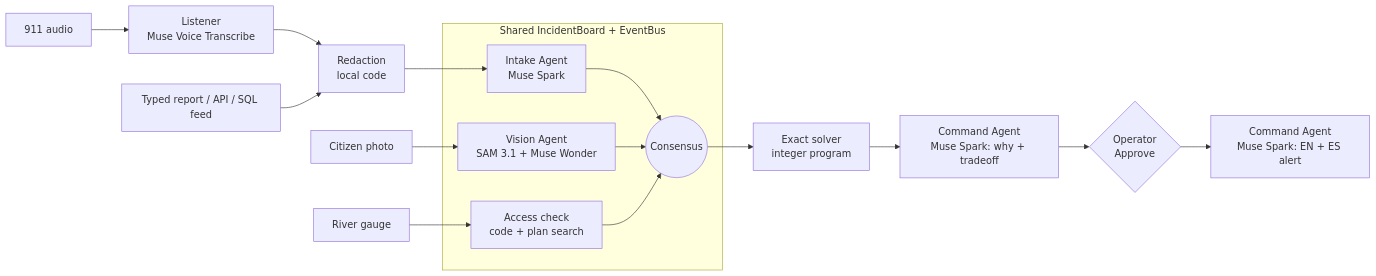
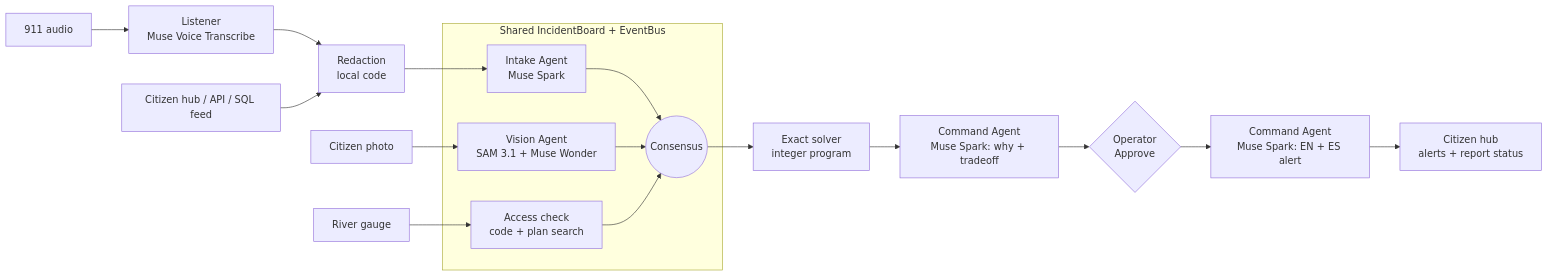
The diagram in README.md (JulianChaoul16/Swarm_Crisis_Command), drawn with Mermaid before and after one commit. The commit also changed other lines of this file and 156 other files, not shown here.

First line of the commit message:
Citizen hub, rerouting fixes, Resolved, Railway deploy, any-city scenarios

````diff
--- a/README.md
+++ b/README.md
@@ -70,18 +106,19 @@
 ```mermaid
 flowchart LR
   A[911 audio] --> L[Listener<br/>Muse Voice Transcribe]
   L --> R[Redaction<br/>local code]
-  T[Typed report / API / SQL feed] --> R
+  T[Citizen hub / API / SQL feed] --> R
   R --> I[Intake Agent<br/>Muse Spark]
   P[Citizen photo] --> V[Vision Agent<br/>SAM 3.1 + Muse Wonder]
   G[River gauge] --> AC
   subgraph Board[Shared IncidentBoard + EventBus]
     I --> C((Consensus))
     V --> C
     AC[Access check<br/>code + plan search] --> C
   end
   C --> S[Exact solver<br/>integer program]
   S --> K[Command Agent<br/>Muse Spark: why + tradeoff]
   K --> H{Operator<br/>Approve}
   H --> M[Command Agent<br/>Muse Spark: EN + ES alert]
+  M --> Z[Citizen hub<br/>alerts + report status]
 ```
````
